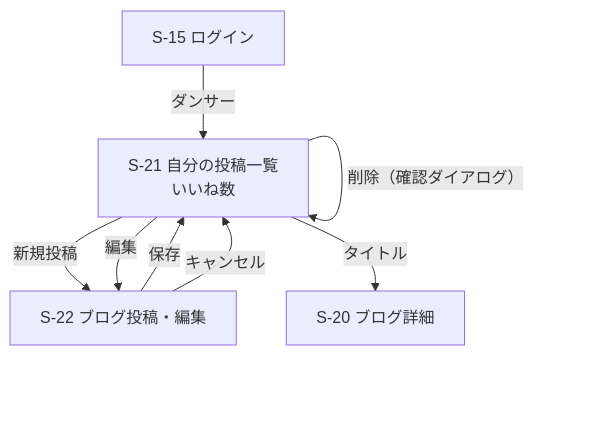
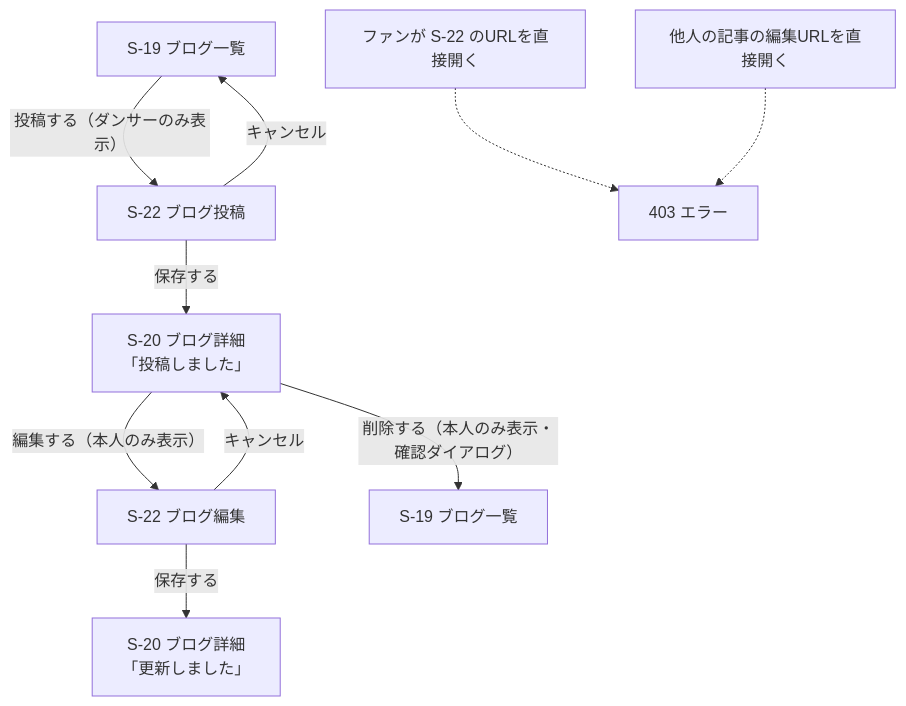
Before and after one commit to sena-tanaka/fan-site: the fourth of 4 diagrams in docs/01_screen-design/screen-transition.md, drawn with Mermaid. The commit also changed other lines of this file and 10 other files, not shown here.

````diff
--- a/docs/01_screen-design/screen-transition.md
+++ b/docs/01_screen-design/screen-transition.md
@@ -87,10 +81,15 @@
 ```mermaid
 flowchart TD
-    LOGIN["S-15 ログイン"] -->|ダンサー| MINE["S-21 自分の投稿一覧<br>いいね数"]
-    MINE -->|新規投稿| EDIT["S-22 ブログ投稿・編集"]
-    MINE -->|編集| EDIT
-    EDIT -->|保存| MINE
-    EDIT -->|キャンセル| MINE
-    MINE -->|削除（確認ダイアログ）| MINE
-    MINE -->|タイトル| BLOGD["S-20 ブログ詳細"]
+    BLOG["S-19 ブログ一覧"] -->|投稿する（ダンサーのみ表示）| NEW["S-22 ブログ投稿"]
+    NEW -->|保存する| BLOGD["S-20 ブログ詳細<br>「投稿しました」"]
+    NEW -->|キャンセル| BLOG
+
+    BLOGD -->|編集する（本人のみ表示）| EDIT["S-22 ブログ編集"]
+    EDIT -->|保存する| BLOGD2["S-20 ブログ詳細<br>「更新しました」"]
+    EDIT -->|キャンセル| BLOGD
+
+    BLOGD -->|削除する（本人のみ表示・確認ダイアログ）| BLOG2["S-19 ブログ一覧"]
+
+    FAN["ファンが S-22 のURLを直接開く"] -.-> E403["403 エラー"]
+    OTHER["他人の記事の編集URLを直接開く"] -.-> E403
 ```
````
